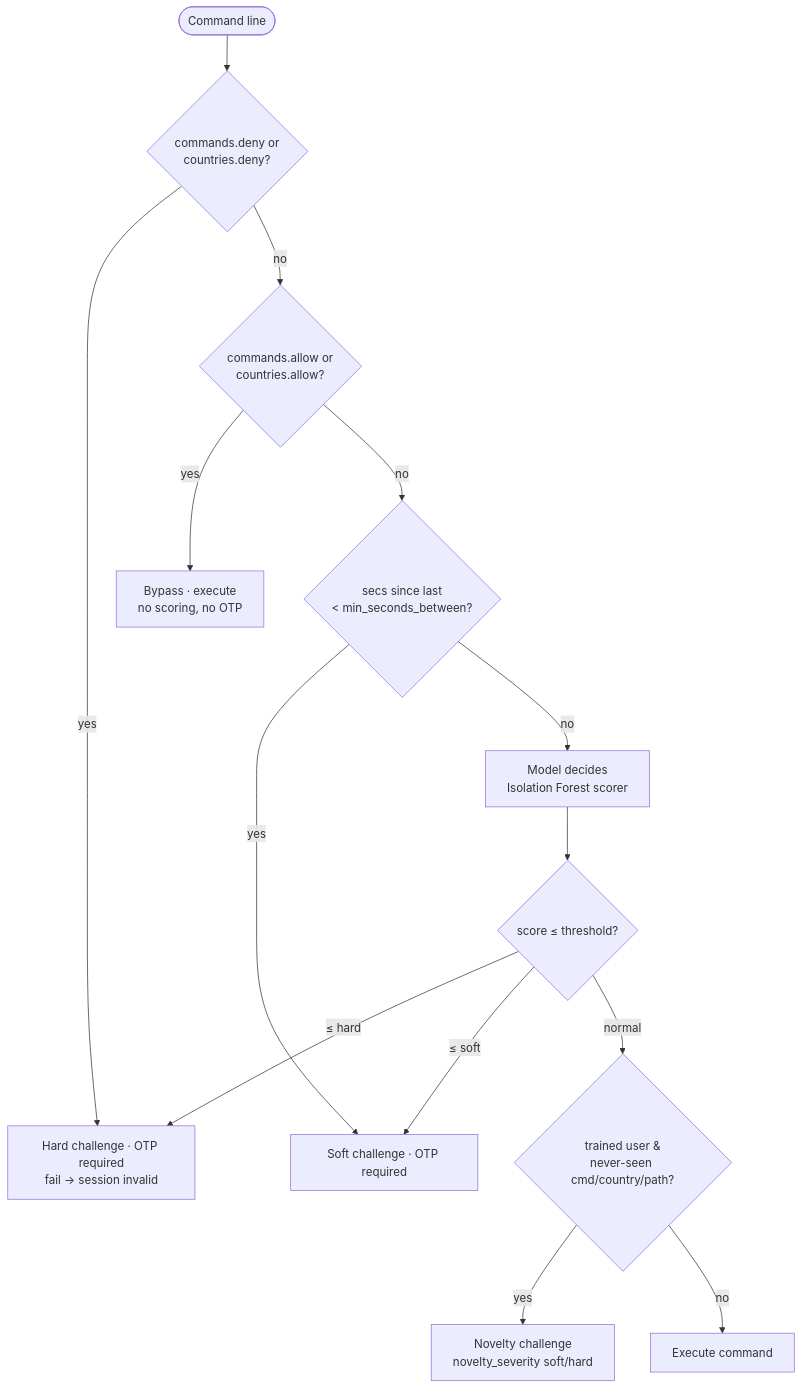
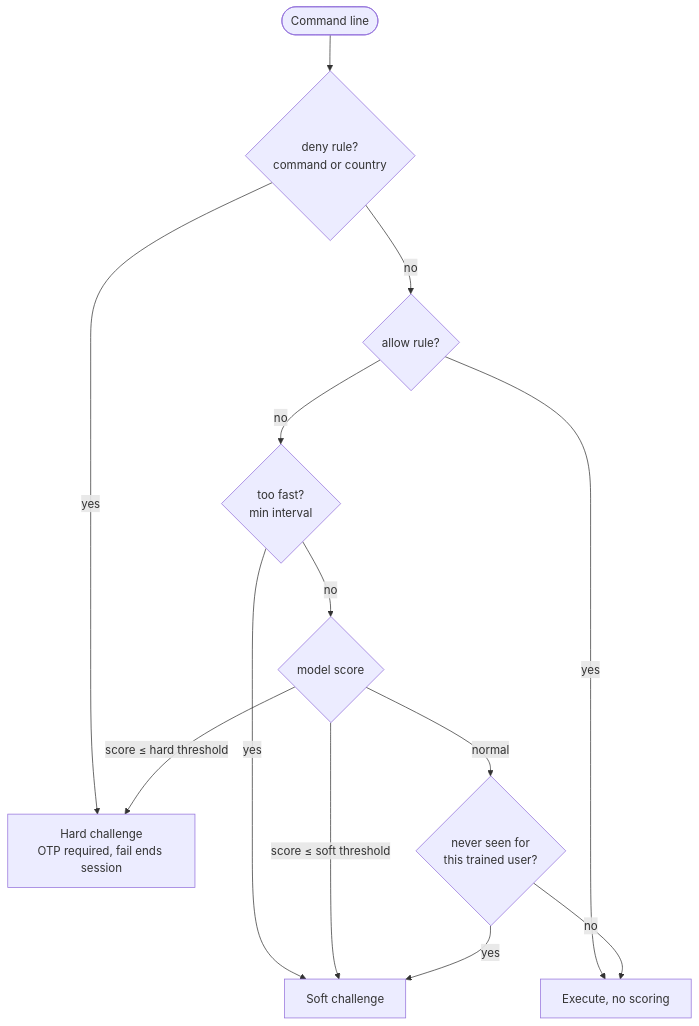
The second of 4 diagrams in README.md (IceWizard98/ShellSentry), drawn with Mermaid before and after one commit. The commit also changed other lines of this file and 2 other files, not shown here.

````diff
--- a/README.md
+++ b/README.md
@@ -54,16 +119,15 @@
 ```mermaid
 flowchart TD
-    Cmd([Command line]) --> D{commands.deny or<br/>countries.deny?}
-    D -->|yes| Hard[Hard challenge · OTP required<br/>fail → session invalid]
-    D -->|no| A{commands.allow or<br/>countries.allow?}
-    A -->|yes| Bypass[Bypass · execute<br/>no scoring, no OTP]
-    A -->|no| M{secs since last<br/>&lt; min_seconds_between?}
-    M -->|yes| Soft[Soft challenge · OTP required]
-    M -->|no| Model[Model decides<br/>Isolation Forest scorer]
-    Model --> Sev{score ≤ threshold?}
-    Sev -->|≤ hard| Hard
-    Sev -->|≤ soft| Soft
-    Sev -->|normal| Nov{trained user &amp;<br/>never-seen cmd/country/path?}
-    Nov -->|yes| NovC[Novelty challenge<br/>novelty_severity soft/hard]
-    Nov -->|no| Run[Execute command]
+    Cmd([Command line]) --> D{deny rule?<br/>command or country}
+    D -->|yes| Hard[Hard challenge<br/>OTP required, fail ends session]
+    D -->|no| A{allow rule?}
+    A -->|yes| Run[Execute, no scoring]
+    A -->|no| M{too fast?<br/>min interval}
+    M -->|yes| Soft[Soft challenge]
+    M -->|no| Model{model score}
+    Model -->|score ≤ hard threshold| Hard
+    Model -->|score ≤ soft threshold| Soft
+    Model -->|normal| N{never seen for<br/>this trained user?}
+    N -->|yes| Soft
+    N -->|no| Run
 ```
````
